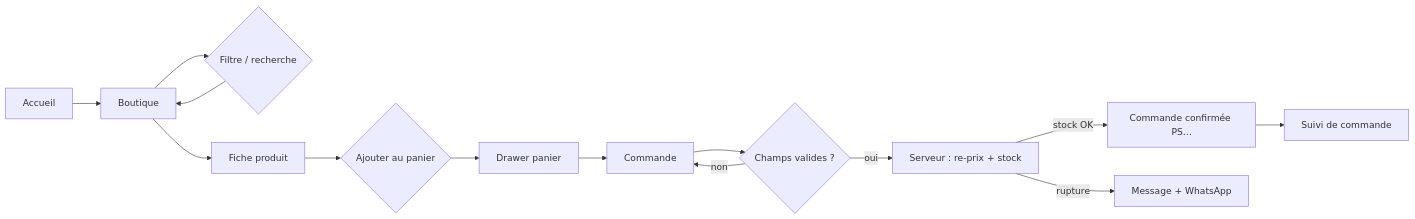
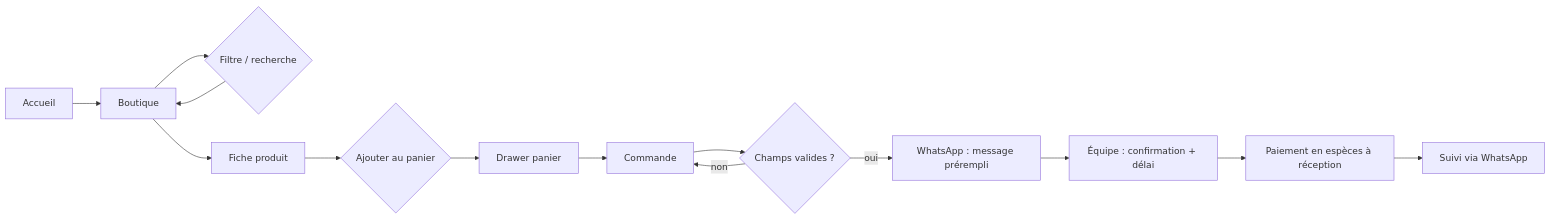
One commit to proteinstore26-morocco/proteinstore changed the first of 4 diagrams in docs/02-ux-ui.md. Above: the diagram before and after it, drawn with Mermaid. The commit also changed other lines of this file and 40 other files, not shown here.

First line of the commit message:
Switch ordering to WhatsApp and remove editor branding/telemetry

````diff
--- a/docs/02-ux-ui.md
+++ b/docs/02-ux-ui.md
@@ -23,16 +23,16 @@
 ```mermaid
 flowchart LR
   A[Accueil] --> B[Boutique]
   B --> C{Filtre / recherche}
   C --> B
   B --> D[Fiche produit]
   D --> E{Ajouter au panier}
   E --> F[Drawer panier]
   F --> G[Commande]
   G --> H{Champs valides ?}
   H -- non --> G
-  H -- oui --> I[Serveur : re-prix + stock]
-  I -- stock OK --> J[Commande confirmée PS…]
-  I -- rupture --> K[Message + WhatsApp]
-  J --> L[Suivi de commande]
+  H -- oui --> I[WhatsApp : message prérempli]
+  I --> J[Équipe : confirmation + délai]
+  J --> K[Paiement en espèces à réception]
+  K --> L[Suivi via WhatsApp]
 ```
````
